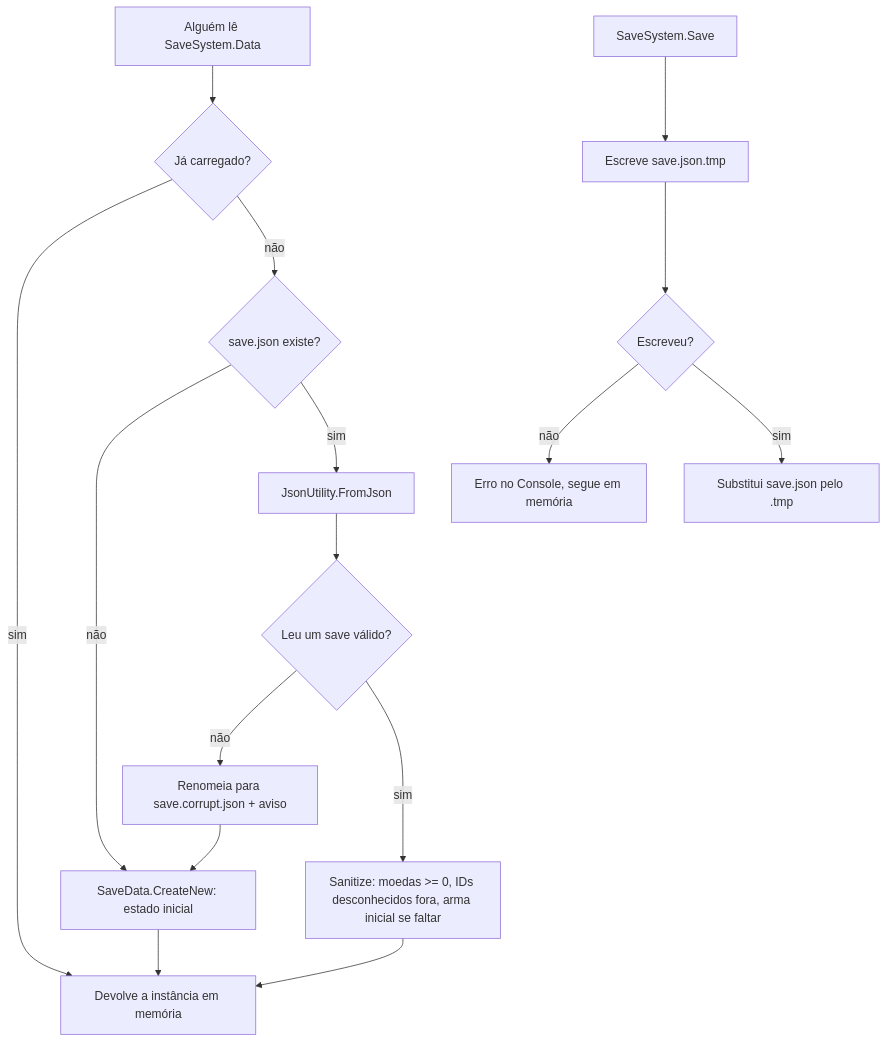
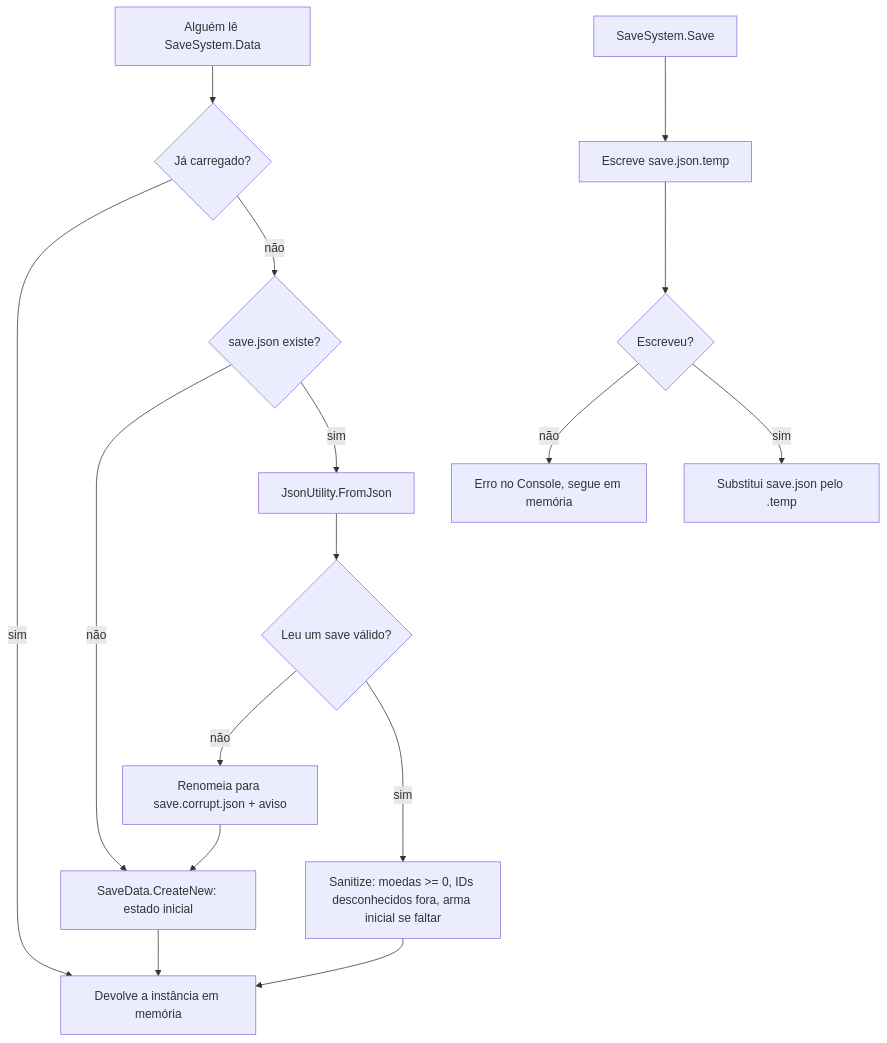
The diagram in .specs/features/save-system/design.md (victorhenrique07/last-wick), drawn with Mermaid before and after one commit. The commit also changed 2 other files, not shown here.

Commit message:
Grava o save com arquivo temporário
Save() escreve save.json.temp e só então troca o save.json, para um
fechamento no meio da gravação não estragar o arquivo; uma falha de disco
vira erro no Console e o jogo segue. Add e TrySpend mudam os recursos e
avisam pelo evento Changed.

````diff
--- a/.specs/features/save-system/design.md
+++ b/.specs/features/save-system/design.md
@@ -15,16 +15,16 @@
 ```mermaid
 flowchart TD
     A[Alguém lê SaveSystem.Data] --> B{Já carregado?}
     B -- sim --> R[Devolve a instância em memória]
     B -- não --> C{save.json existe?}
     C -- não --> D[SaveData.CreateNew: estado inicial] --> R
     C -- sim --> E[JsonUtility.FromJson]
     E --> F{Leu um save válido?}
     F -- não --> G[Renomeia para save.corrupt.json + aviso] --> D
     F -- sim --> H[Sanitize: moedas >= 0, IDs desconhecidos fora, arma inicial se faltar] --> R
 
-    S[SaveSystem.Save] --> T[Escreve save.json.tmp]
+    S[SaveSystem.Save] --> T[Escreve save.json.temp]
     T --> U{Escreveu?}
     U -- não --> V[Erro no Console, segue em memória]
-    U -- sim --> W[Substitui save.json pelo .tmp]
+    U -- sim --> W[Substitui save.json pelo .temp]
 ```
````
